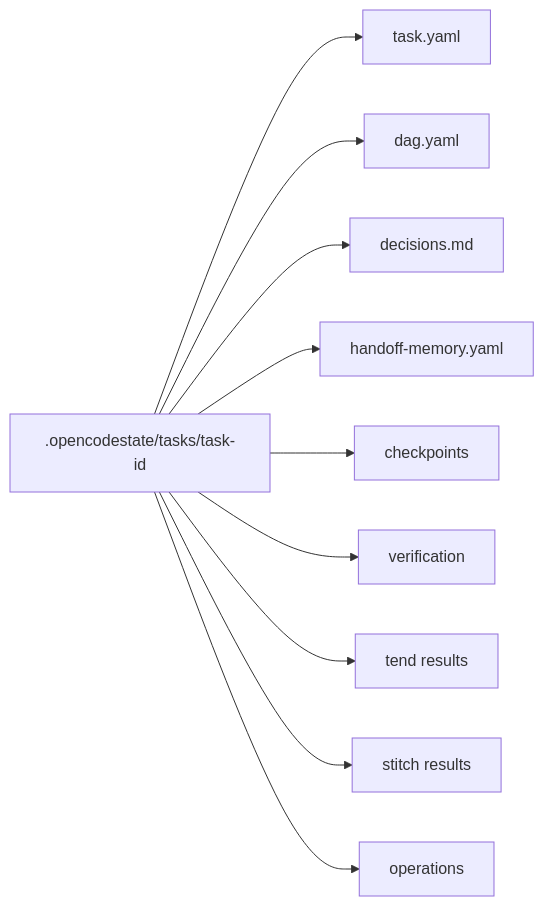
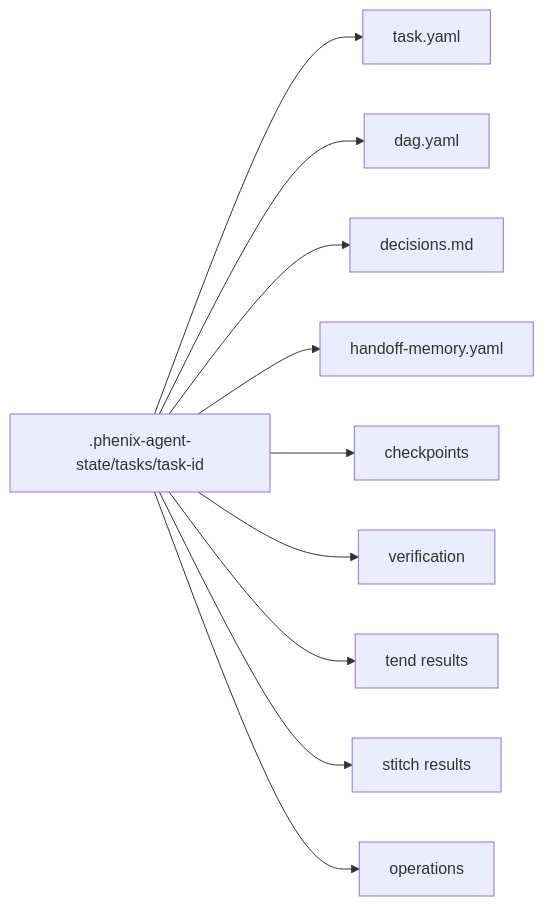
Before and after one commit to matthis-k/phenix: the tenth of 13 diagrams in docs/agent-workflow.md, drawn with Mermaid. The commit also changed other lines of this file and 7 other files, not shown here.

````diff
--- a/docs/agent-workflow.md
+++ b/docs/agent-workflow.md
@@ -218,12 +335,12 @@
 ```mermaid
 flowchart LR
-    State[.opencodestate/tasks/task-id] --> Task[task.yaml]
+    State[.phenix-agent-state/tasks/task-id] --> Task[task.yaml]
     State --> DAG[dag.yaml]
     State --> Decisions[decisions.md]
     State --> Handoff[handoff-memory.yaml]
     State --> Checkpoints[checkpoints]
     State --> Verification[verification]
     State --> Tend[tend results]
     State --> Stitch[stitch results]
     State --> Ops[operations]
 ```
````
